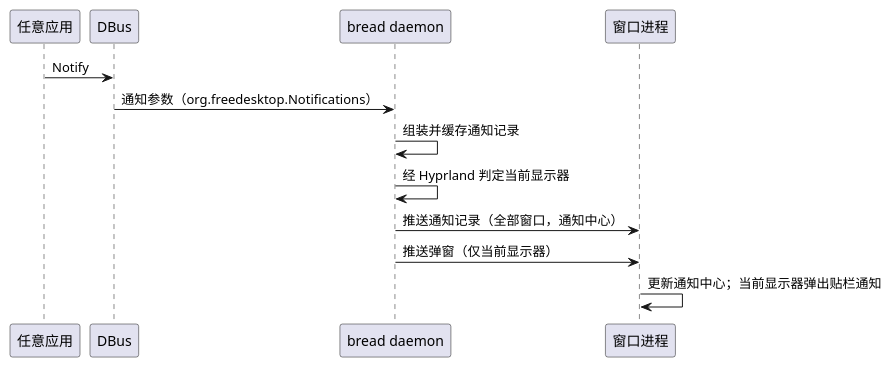
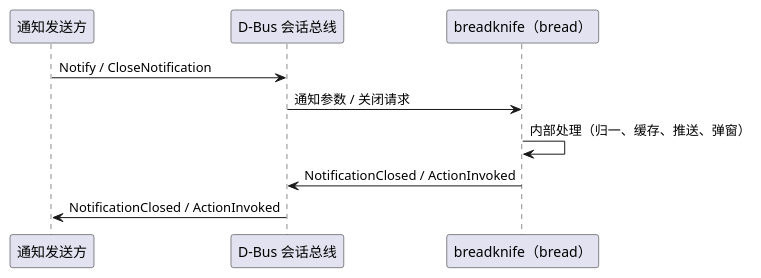
The diagram in diagram/breadknife-notification.puml (54m43lJ/BreadKnife), drawn with PlantUML before and after one commit. The commit also changed 43 other files, not shown here.

```diff
--- a/diagram/breadknife-notification.puml
+++ b/diagram/breadknife-notification.puml
@@ -1,14 +1,11 @@
 @startuml breadknife-notification
-participant "任意应用" as app
-participant DBus
-participant "bread daemon" as daemon
-participant "窗口进程" as win
+participant "通知发送方" as app
+participant "D-Bus 会话总线" as bus
+participant "breadknife（bread）" as bread
 
-app -> DBus: Notify
-DBus -> daemon: 通知参数（org.freedesktop.Notifications）
-daemon -> daemon: 组装并缓存通知记录
-daemon -> daemon: 经 Hyprland 判定当前显示器
-daemon -> win: 推送通知记录（全部窗口，通知中心）
-daemon -> win: 推送弹窗（仅当前显示器）
-win -> win: 更新通知中心；当前显示器弹出贴栏通知
+app -> bus: Notify / CloseNotification
+bus -> bread: 通知参数 / 关闭请求
+bread -> bread: 内部处理（归一、缓存、推送、弹窗）
+bread -> bus: NotificationClosed / ActionInvoked
+bus -> app: NotificationClosed / ActionInvoked
 @enduml
```
